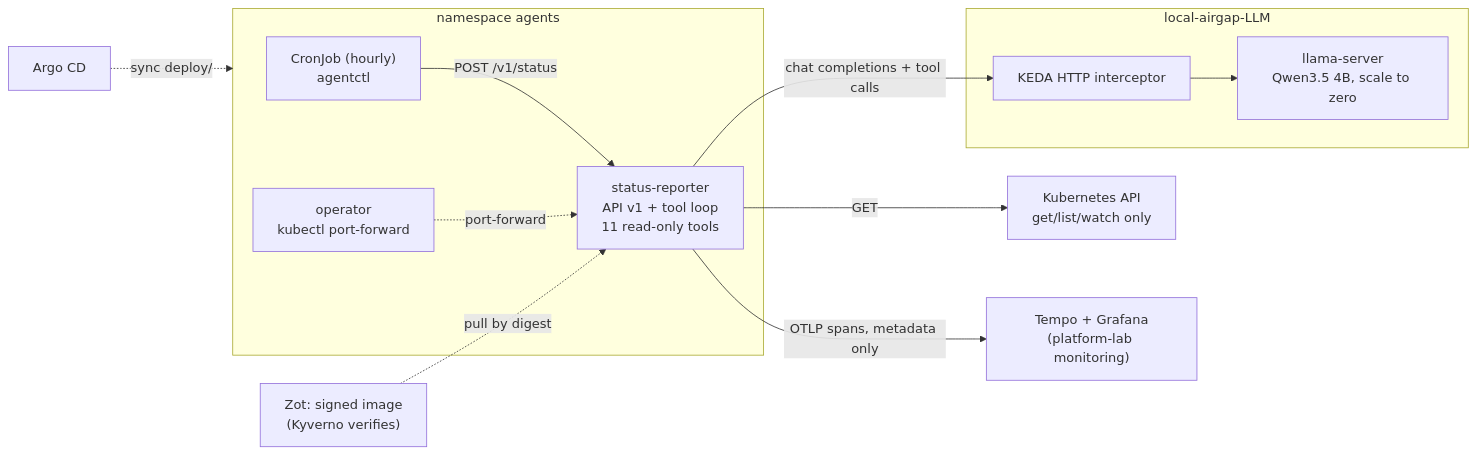
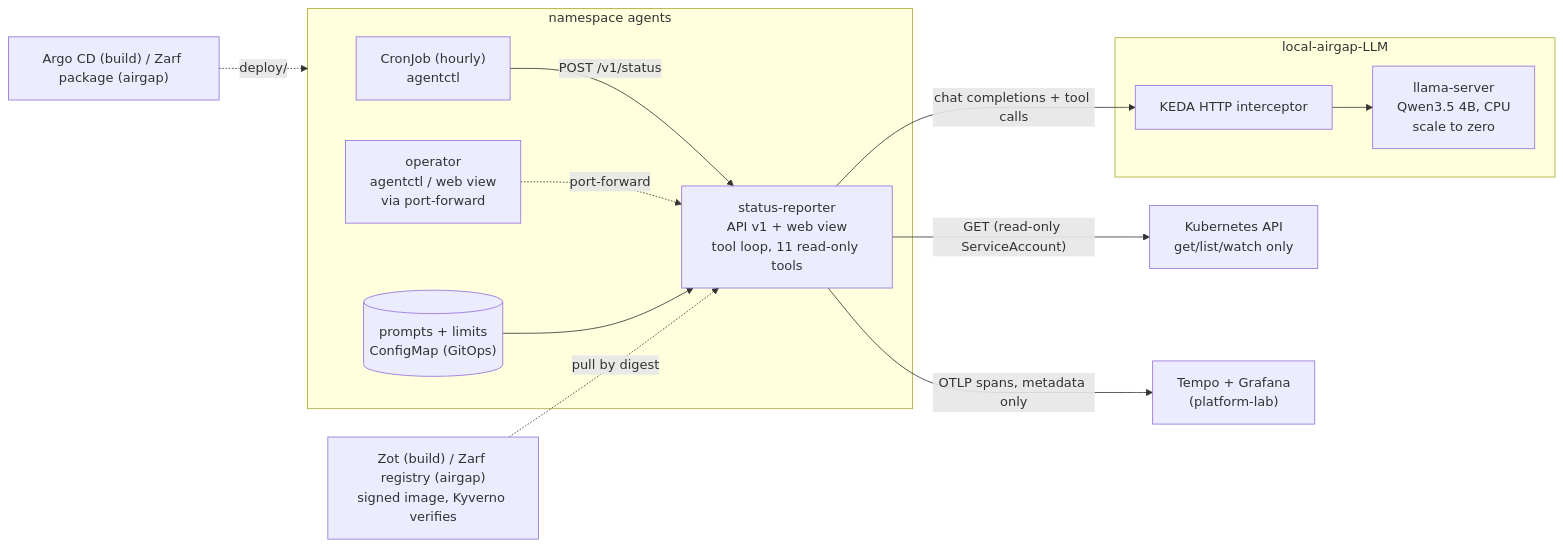
The diagram in README.md (JGGHalfhide/local-agents), drawn with Mermaid before and after one commit. The commit also changed other lines of this file and 4 other files, not shown here.

Commit message:
docs: week 6 results page, README for v1.0 (results, screenshots, quickstart), roadmap

````diff
--- a/README.md
+++ b/README.md
@@ -73,20 +67,23 @@
 ```mermaid
 flowchart LR
   subgraph agents["namespace agents"]
     cron["CronJob (hourly)<br/>agentctl"]
-    op["operator<br/>kubectl port-forward"]
-    sr["status-reporter<br/>API v1 + tool loop<br/>11 read-only tools"]
+    op["operator<br/>agentctl / web view<br/>via port-forward"]
+    sr["status-reporter<br/>API v1 + web view<br/>tool loop, 11 read-only tools"]
+    prompts[("prompts + limits<br/>ConfigMap (GitOps)")]
   end
   subgraph llm["local-airgap-LLM"]
     icp["KEDA HTTP interceptor"]
-    srv["llama-server<br/>Qwen3.5 4B, scale to zero"]
+    srv["llama-server<br/>Qwen3.5 4B, CPU<br/>scale to zero"]
   end
   api["Kubernetes API<br/>get/list/watch only"]
+  tempo["Tempo + Grafana<br/>(platform-lab)"]
   cron -- "POST /v1/status" --> sr
   op -. "port-forward" .-> sr
+  prompts --> sr
   sr -- "chat completions + tool calls" --> icp --> srv
-  sr -- "GET" --> api
-  sr -- "OTLP spans, metadata only" --> tempo["Tempo + Grafana<br/>(platform-lab monitoring)"]
-  zot["Zot: signed image<br/>(Kyverno verifies)"] -. "pull by digest" .-> sr
-  argo["Argo CD"] -. "sync deploy/" .-> agents
+  sr -- "GET (read-only ServiceAccount)" --> api
+  sr -- "OTLP spans, metadata only" --> tempo
+  reg["Zot (build) / Zarf registry (airgap)<br/>signed image, Kyverno verifies"] -. "pull by digest" .-> sr
+  argo["Argo CD (build) / Zarf package (airgap)"] -. "deploy/" .-> agents
 ```
````
